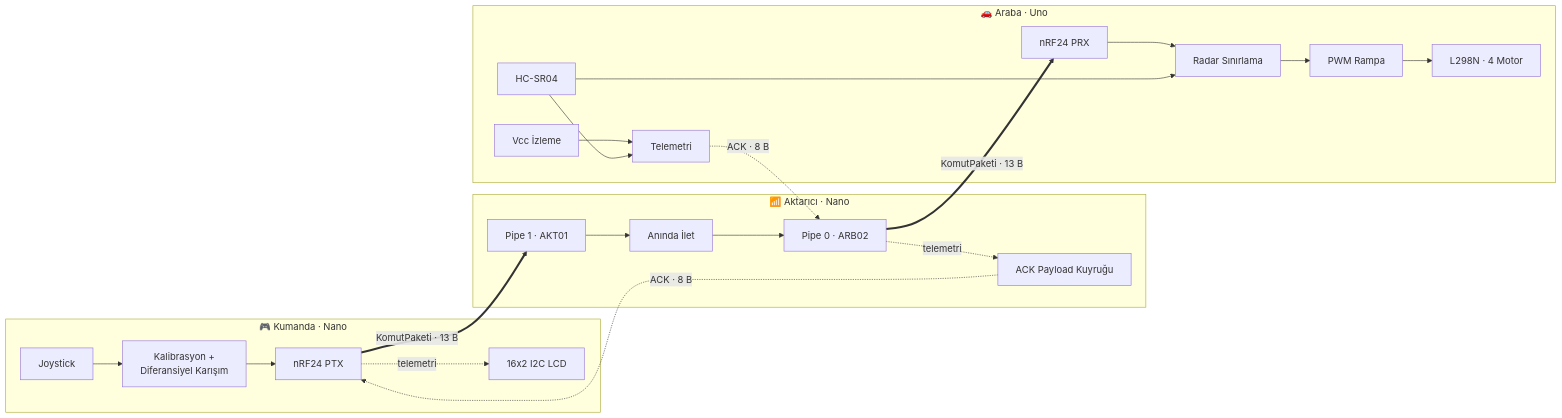
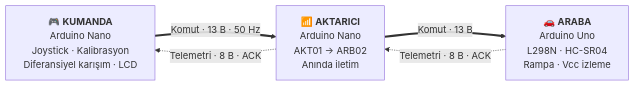
The first of 3 diagrams in README.md (Yigithosta/NRF24_RC_CAR), drawn with Mermaid before and after one commit.

Commit message:
README: mimari diyagramini sadelestir

````diff
--- a/README.md
+++ b/README.md
@@ -63,28 +63,11 @@
 ```mermaid
 flowchart LR
-    subgraph K["🎮 Kumanda · Nano"]
-        J[Joystick] --> MIX[Kalibrasyon +<br/>Diferansiyel Karışım]
-        MIX --> TX1[nRF24 PTX]
-        TX1 -. telemetri .-> LCD[16x2 I2C LCD]
-    end
+    K["🎮 <b>KUMANDA</b><br/>Arduino Nano<br/>Joystick · Kalibrasyon<br/>Diferansiyel karışım · LCD"]
+    A["📶 <b>AKTARICI</b><br/>Arduino Nano<br/>AKT01 → ARB02<br/>Anında iletim"]
+    R["🚗 <b>ARABA</b><br/>Arduino Uno<br/>L298N · HC-SR04<br/>Rampa · Vcc izleme"]
 
-    subgraph A["📶 Aktarıcı · Nano"]
-        RX2[Pipe 1 · AKT01] --> FWD[Anında İlet]
-        FWD --> TX2[Pipe 0 · ARB02]
-        TX2 -. telemetri .-> ACK[ACK Payload Kuyruğu]
-    end
-
-    subgraph R["🚗 Araba · Uno"]
-        RX3[nRF24 PRX] --> RAD[Radar Sınırlama]
-        RAD --> RMP[PWM Rampa]
-        RMP --> MOT[L298N · 4 Motor]
-        SR[HC-SR04] --> RAD
-        VCC[Vcc İzleme] --> TLM[Telemetri]
-        SR --> TLM
-    end
-
-    TX1 ==>|KomutPaketi · 13 B| RX2
-    TX2 ==>|KomutPaketi · 13 B| RX3
-    TLM -.->|ACK · 8 B| TX2
-    ACK -.->|ACK · 8 B| TX1
+    K ==>|"Komut · 13 B · 50 Hz"| A
+    A ==>|"Komut · 13 B"| R
+    R -.->|"Telemetri · 8 B · ACK"| A
+    A -.->|"Telemetri · 8 B · ACK"| K
 ```
````
